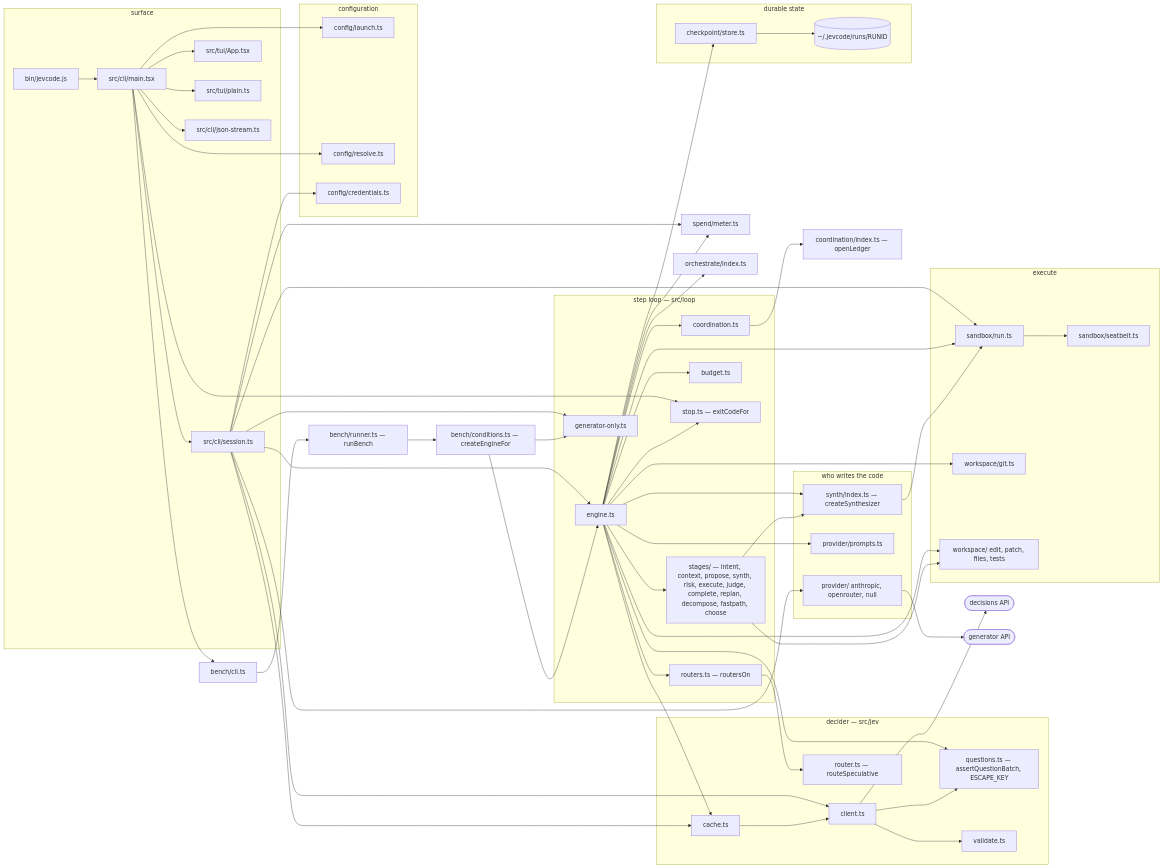
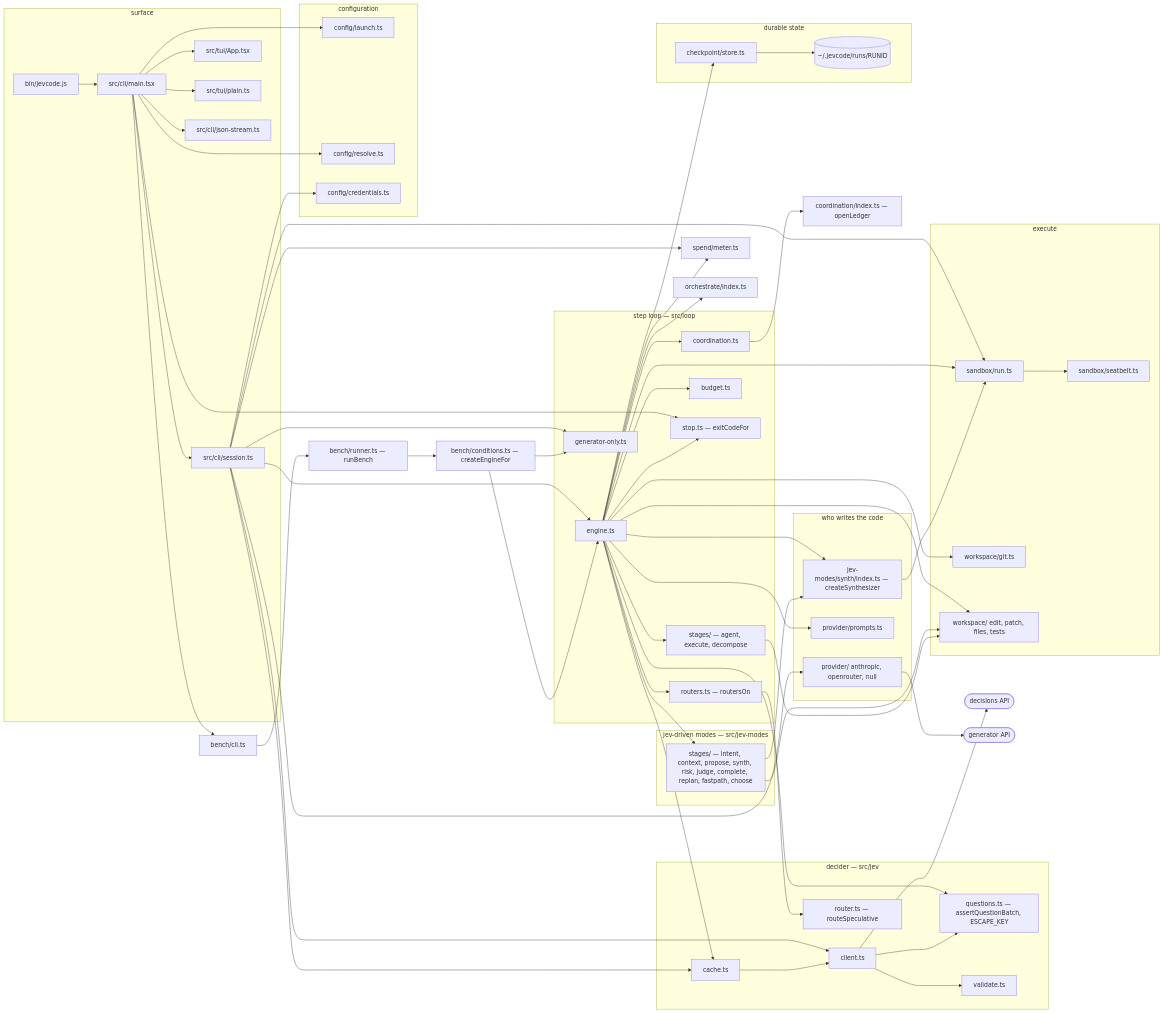
One commit to coasty-ai/JevCode changed the diagram in docs/contributing/architecture-rules.md. Above: the diagram before and after it, drawn with Mermaid. The commit also changed 17 other files, not shown here.

```diff
--- a/docs/contributing/architecture-rules.md
+++ b/docs/contributing/architecture-rules.md
@@ -26,11 +26,14 @@
   subgraph sg_loop["step loop — src/loop"]
     ENGINE["engine.ts"]
     GENONLY["generator-only.ts"]
-    STAGES["stages/ — intent, context, propose, synth, risk, execute, judge, complete, replan, decompose, fastpath, choose"]
+    STAGES["stages/ — agent, execute, decompose"]
     ROUTERS["routers.ts — routersOn"]
     BUDGET["budget.ts"]
     STOPM["stop.ts — exitCodeFor"]
     LOOPCOORD["coordination.ts"]
+  end
+  subgraph sg_jevmodes["Jev-driven modes — src/jev-modes"]
+    JSTAGES["stages/ — intent, context, propose, synth, risk, judge, complete, replan, fastpath, choose"]
   end
   subgraph sg_jev["decider — src/jev"]
     JCACHE["cache.ts"]
@@ -42,7 +45,7 @@
   subgraph sg_write["who writes the code"]
     PROVIDER["provider/ anthropic, openrouter, null"]
     PROMPTS["provider/prompts.ts"]
-    SYNTH["synth/index.ts — createSynthesizer"]
+    SYNTH["jev-modes/synth/index.ts — createSynthesizer"]
   end
   subgraph sg_exec["execute"]
     SANDBOX["sandbox/run.ts"]
@@ -85,6 +88,7 @@
   COND --> ENGINE
   COND --> GENONLY
   ENGINE --> STAGES
+  ENGINE --> JSTAGES
   ENGINE --> ROUTERS
   ENGINE --> BUDGET
   ENGINE --> STOPM
@@ -105,7 +109,8 @@
   CLIENT --> QUESTIONS
   CLIENT --> VALIDATE
   CLIENT --> JEVAPI
-  STAGES --> SYNTH
+  JSTAGES --> SYNTH
+  JSTAGES --> WSFILES
   STAGES --> WSFILES
   SYNTH --> SANDBOX
   SANDBOX --> SEATBELT
```
